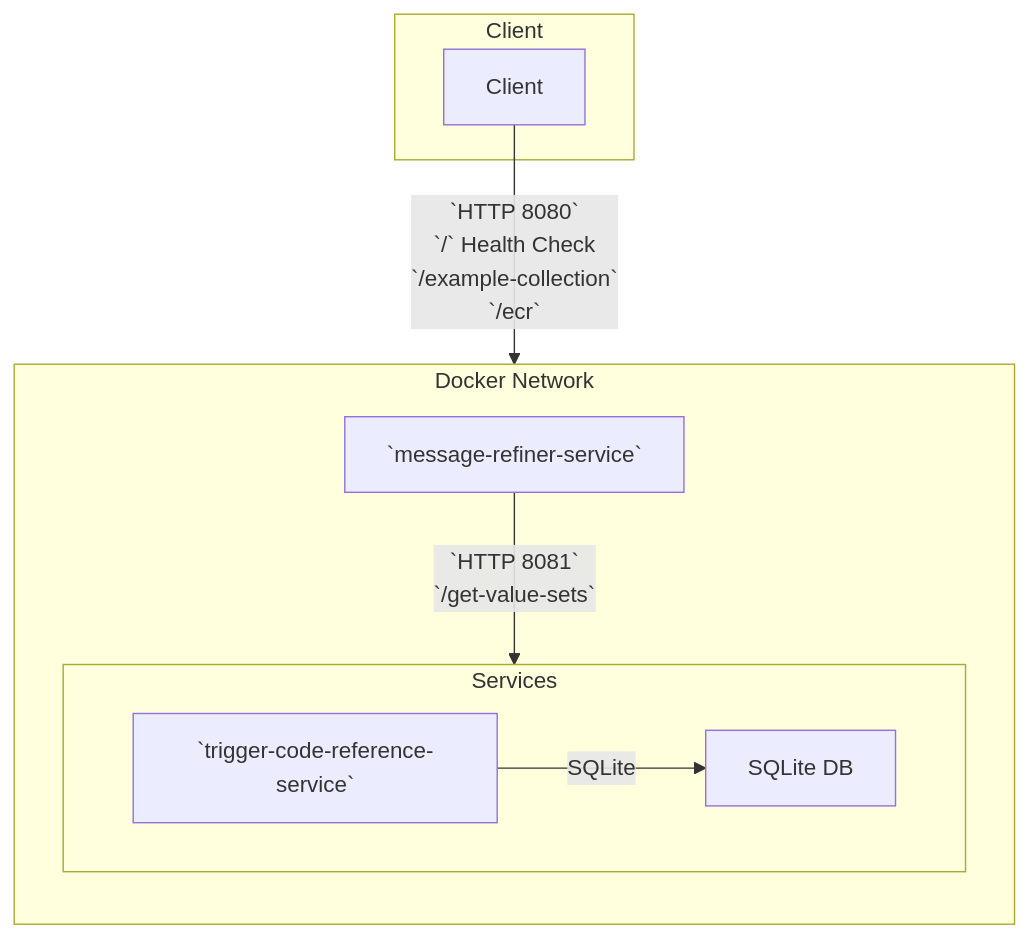
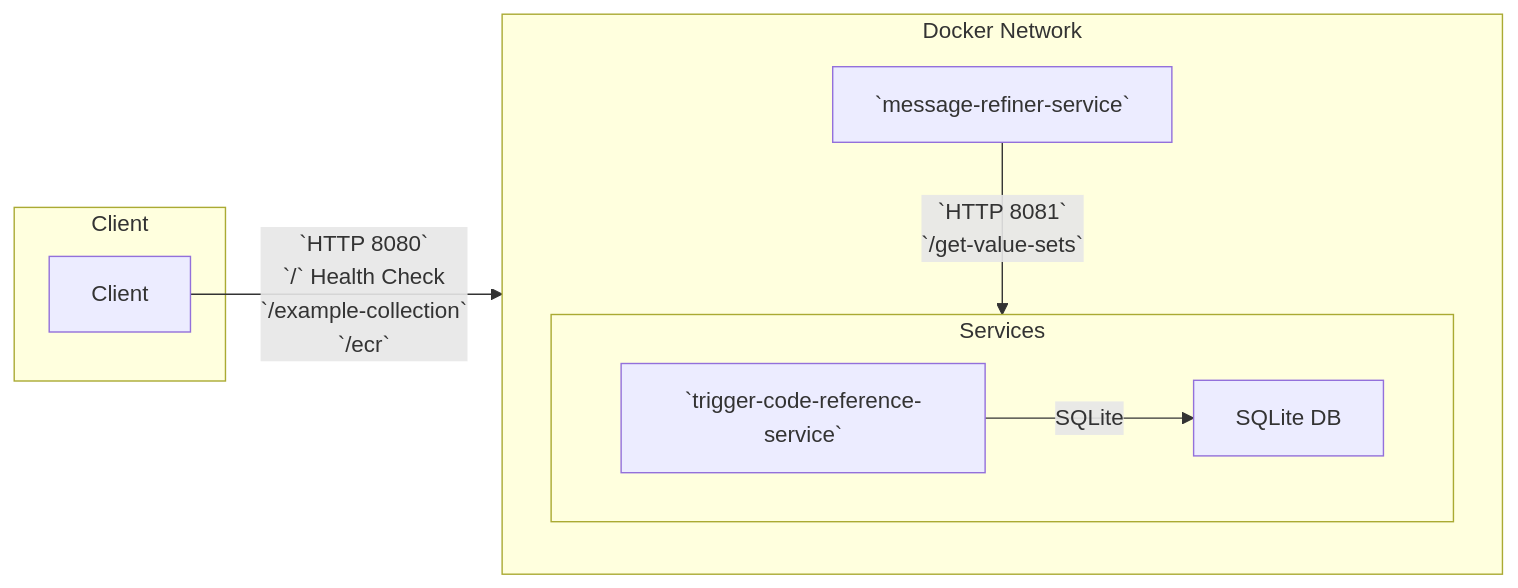
The diagram in containers/message-refiner/README.md (CDCgov/phdi), drawn with Mermaid before and after one commit.

````diff
--- a/containers/message-refiner/README.md
+++ b/containers/message-refiner/README.md
@@ -3,19 +3,19 @@
 ```mermaid
 
-graph TD;
+graph LR;
     subgraph Client
         A[Client]
     end
     subgraph Docker Network
         direction TB
         B[`message-refiner-service`]
         subgraph Services
             direction LR
             C[`trigger-code-reference-service`]
             D[SQLite DB]
         end
     end
     A -->|`HTTP 8080`\n`/` Health Check\n`/example-collection`\n`/ecr`| B
     B -->|`HTTP 8081`\n`/get-value-sets`| C
     C -->|SQLite| D
 ```
````
